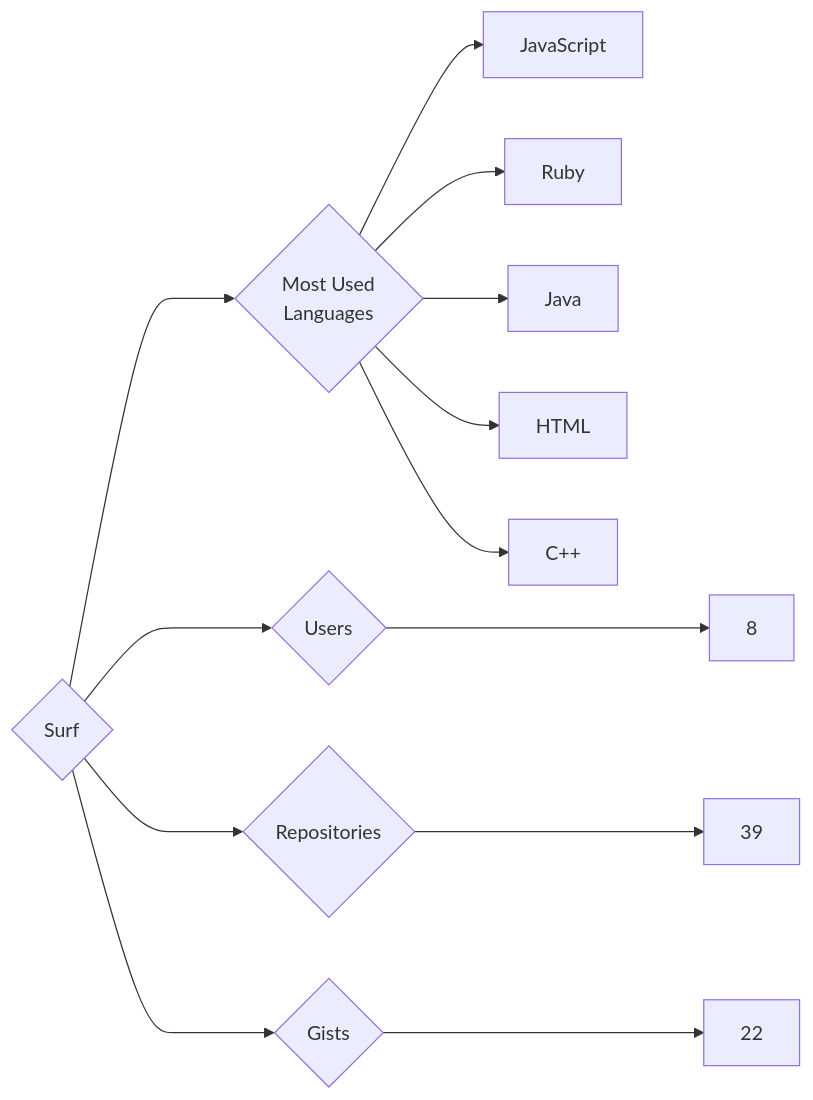
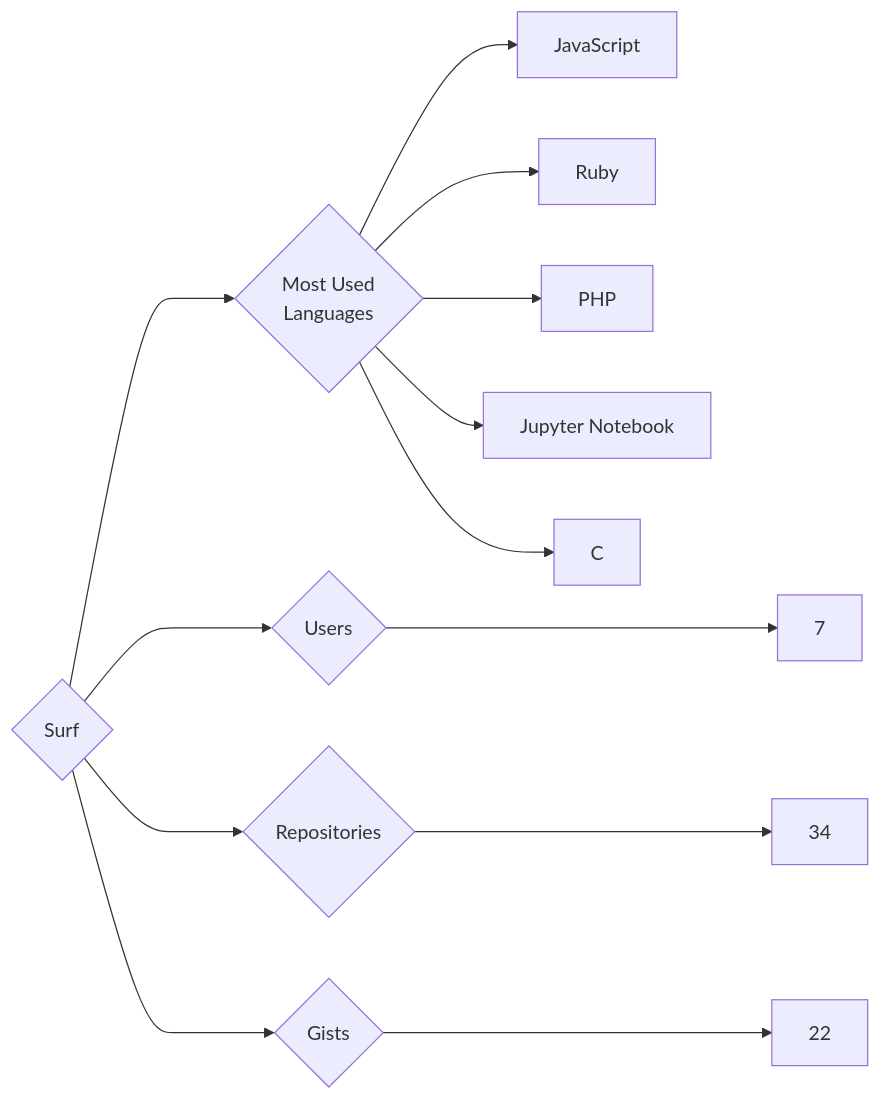
One commit to trickest/insiders changed the diagram in targets/Surf/README.md. Above: the diagram before and after it, drawn with Mermaid. The commit also changed 1011 other files, not shown here.

````diff
--- a/targets/Surf/README.md
+++ b/targets/Surf/README.md
@@ -3,13 +3,13 @@
 ```mermaid
 graph LR
 COMPANY_NAME{Surf}
-COMPANY_NAME ---> U{Users} ---> UN[8]
-COMPANY_NAME ---> R{Repositories} ---> RN[39]
+COMPANY_NAME ---> U{Users} ---> UN[7]
+COMPANY_NAME ---> R{Repositories} ---> RN[34]
 COMPANY_NAME ---> G{Gists} ---> GN[22]
 COMPANY_NAME ---> ML{Most Used<br>Languages}
 ML --> JavaScript[JavaScript]
 ML --> Ruby[Ruby]
-ML --> Java[Java]
-ML --> HTML[HTML]
-ML --> C++[C++]
+ML --> PHP[PHP]
+ML --> Jupyter_Notebook[Jupyter Notebook]
+ML --> C[C]
 ```
````
